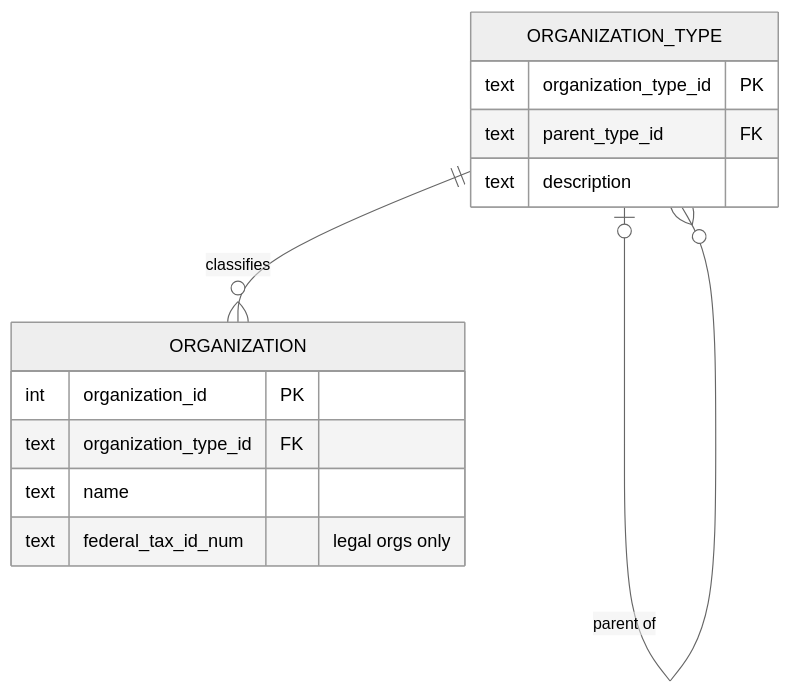
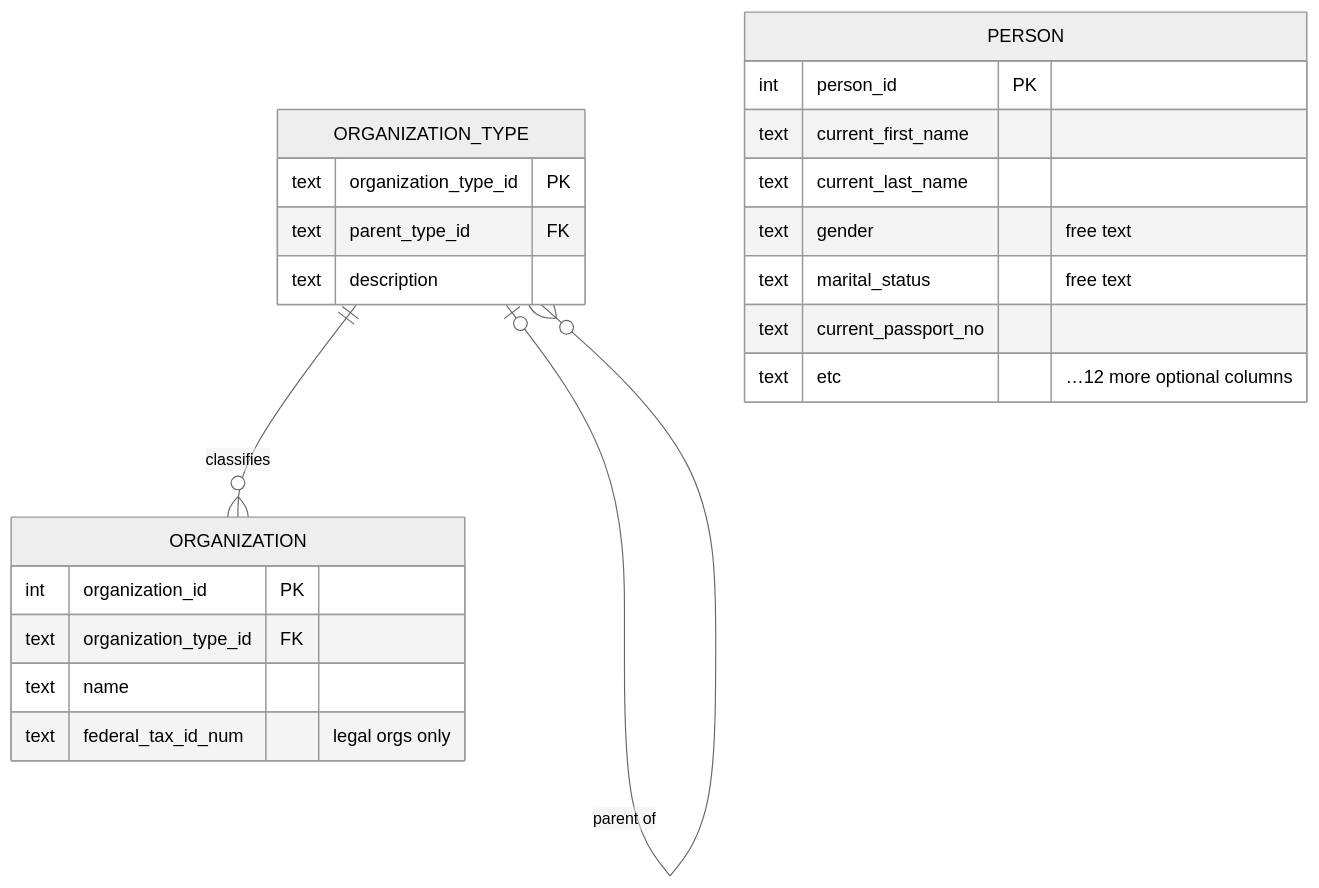
One commit to mauricioaznar/data-modelling-patterns changed the diagram in volumes/v1-all-enterprises/02-people-and-organizations/diagram.md. Above: the diagram before and after it, drawn with Mermaid (neutral theme). The commit also changed 4 other files, not shown here.

First line of the commit message:
Vol 1 Ch 2: Fig 2.2a Person (flat)

````diff
--- a/volumes/v1-all-enterprises/02-people-and-organizations/diagram.md
+++ b/volumes/v1-all-enterprises/02-people-and-organizations/diagram.md
@@ -5,17 +5,26 @@
 ```mermaid
 erDiagram
   ORGANIZATION_TYPE |o--o{ ORGANIZATION_TYPE : "parent of"
   ORGANIZATION_TYPE ||--o{ ORGANIZATION : "classifies"
 
   ORGANIZATION_TYPE {
     text organization_type_id PK
     text parent_type_id FK
     text description
   }
   ORGANIZATION {
     int  organization_id PK
     text organization_type_id FK
     text name
     text federal_tax_id_num "legal orgs only"
   }
+  PERSON {
+    int  person_id PK
+    text current_first_name
+    text current_last_name
+    text gender "free text"
+    text marital_status "free text"
+    text current_passport_no
+    text etc "…12 more optional columns"
+  }
 ```
````
